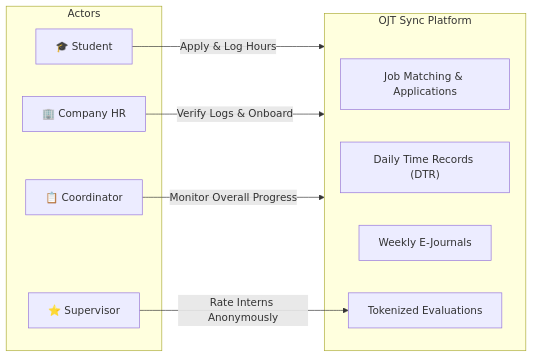
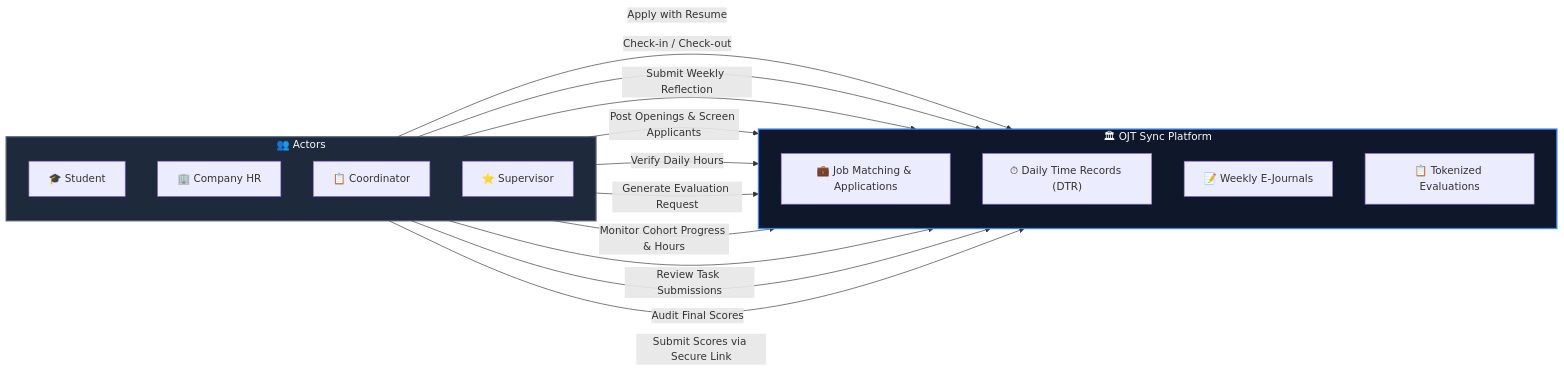
One commit to Yelxxx/OJT-SYNC-CROSS-PLATFORM changed the diagram in README.md. Above: the diagram before and after it, drawn with Mermaid.

Commit message:
Readme Update

````diff
--- a/README.md
+++ b/README.md
@@ -26,21 +26,39 @@
 ```mermaid
 flowchart LR
-    subgraph Users ["Actors"]
+    %% Actors
+    subgraph Actors ["👥 Actors"]
+        direction TB
         Student["🎓 Student"]
         HR["🏢 Company HR"]
         Coord["📋 Coordinator"]
         Super["⭐ Supervisor"]
     end
 
-    subgraph Hub ["OJT Sync Platform"]
-        App["Job Matching & Applications"]
-        DTR["Daily Time Records (DTR)"]
-        Journal["Weekly E-Journals"]
-        Eval["Tokenized Evaluations"]
+    %% Platform Modules
+    subgraph Platform ["🏛 OJT Sync Platform"]
+        direction TB
+        Jobs["💼 Job Matching & Applications"]
+        DTR["⏱ Daily Time Records (DTR)"]
+        Journal["📝 Weekly E-Journals"]
+        Eval["📋 Tokenized Evaluations"]
     end
 
-    Student -->|Apply & Log Hours| Hub
-    HR -->|Verify Logs & Onboard| Hub
-    Coord -->|Monitor Overall Progress| Hub
-    Super -->|Rate Interns Anonymously| Eval
+    %% Specific, accurate connections to modules
+    Student -->|Apply with Resume| Jobs
+    Student -->|Check-in / Check-out| DTR
+    Student -->|Submit Weekly Reflection| Journal
+
+    HR -->|Post Openings & Screen Applicants| Jobs
+    HR -->|Verify Daily Hours| DTR
+    HR -->|Generate Evaluation Request| Eval
+
+    Coord -->|Monitor Cohort Progress & Hours| DTR
+    Coord -->|Review Task Submissions| Journal
+    Coord -->|Audit Final Scores| Eval
+
+    Super -->|Submit Scores via Secure Link| Eval
+
+    %% Styling
+    style Actors fill:#1e293b,stroke:#475569,stroke-width:2px,color:#f8fafc
+    style Platform fill:#0f172a,stroke:#3b82f6,stroke-width:2px,color:#f8fafc
 ```
````
